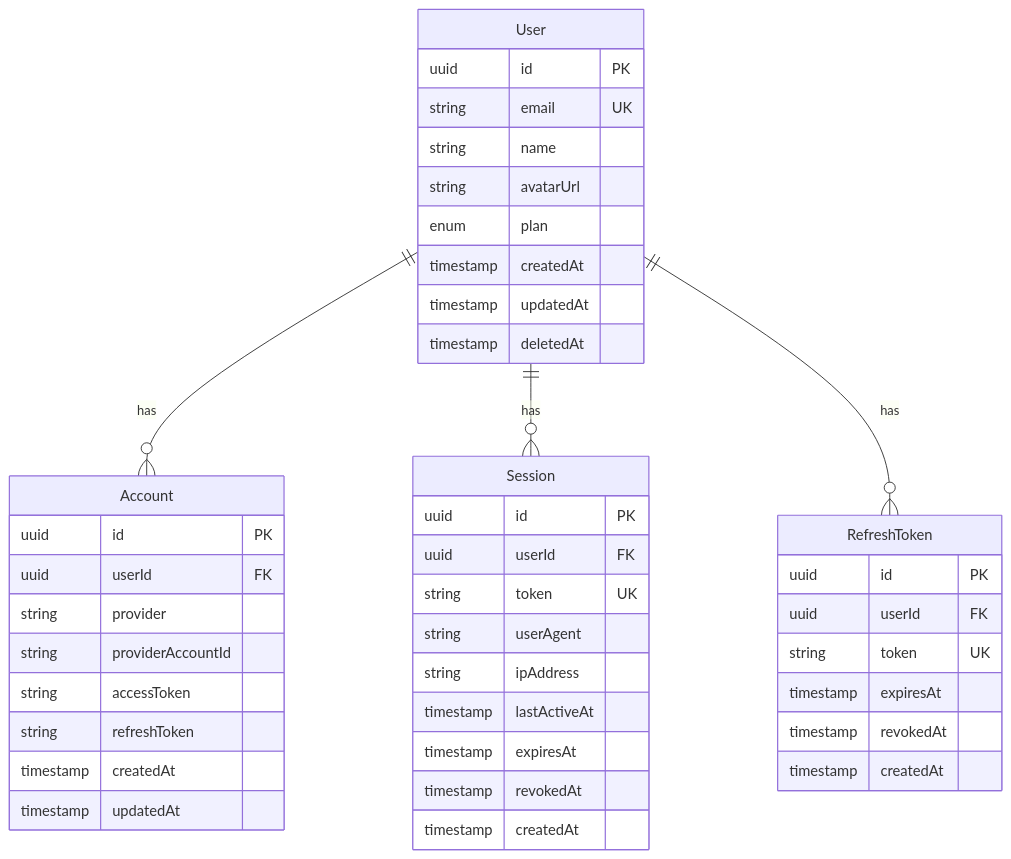
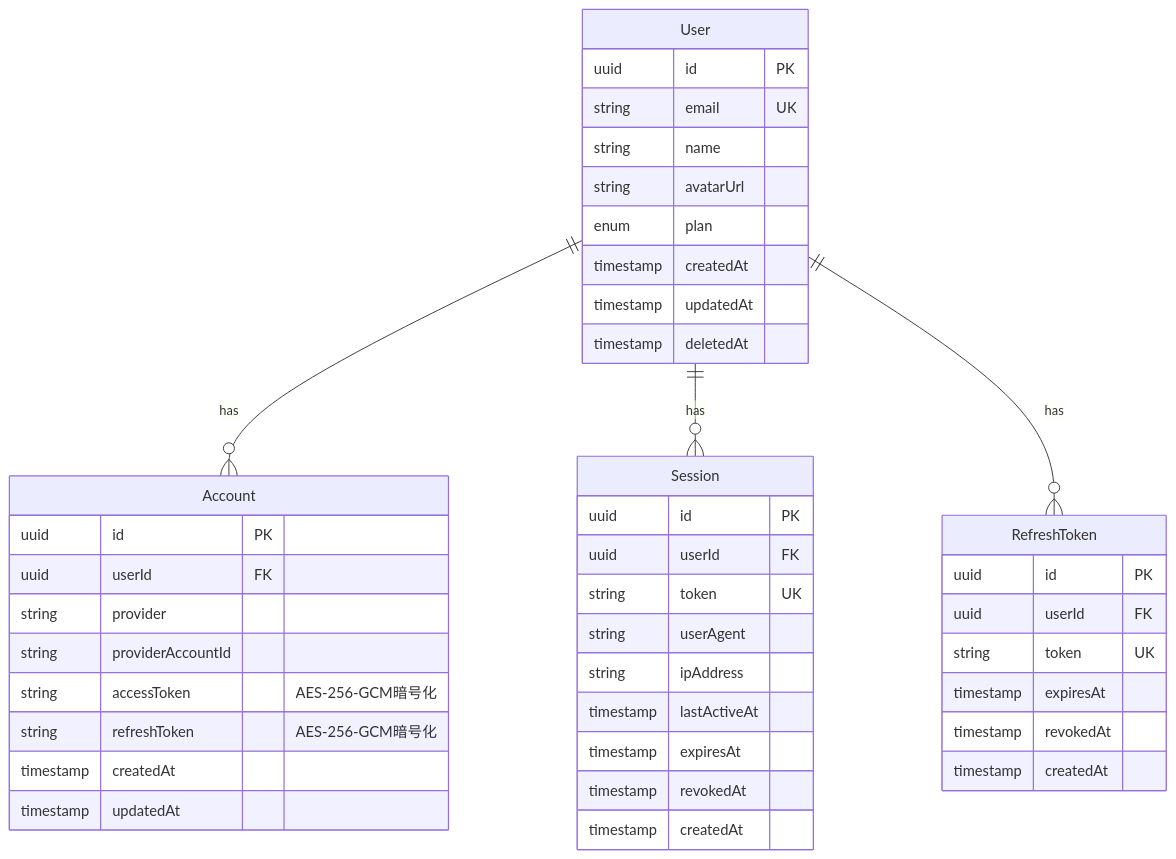
One commit to tsutsumi389/agentest changed the fourth of 10 diagrams in docs/architecture/features/authentication.md. Above: the diagram before and after it, drawn with Mermaid. The commit also changed other lines of this file and 14 other files, not shown here.

````diff
--- a/docs/architecture/features/authentication.md
+++ b/docs/architecture/features/authentication.md
@@ -143,49 +143,49 @@
 ```mermaid
 erDiagram
     User ||--o{ Account : "has"
     User ||--o{ Session : "has"
     User ||--o{ RefreshToken : "has"
 
     User {
         uuid id PK
         string email UK
         string name
         string avatarUrl
         enum plan
         timestamp createdAt
         timestamp updatedAt
         timestamp deletedAt
     }
 
     Account {
         uuid id PK
         uuid userId FK
         string provider
         string providerAccountId
-        string accessToken
-        string refreshToken
+        string accessToken "AES-256-GCM暗号化"
+        string refreshToken "AES-256-GCM暗号化"
         timestamp createdAt
         timestamp updatedAt
     }
 
     Session {
         uuid id PK
         uuid userId FK
         string token UK
         string userAgent
         string ipAddress
         timestamp lastActiveAt
         timestamp expiresAt
         timestamp revokedAt
         timestamp createdAt
     }
 
     RefreshToken {
         uuid id PK
         uuid userId FK
         string token UK
         timestamp expiresAt
         timestamp revokedAt
         timestamp createdAt
     }
 ```
````
